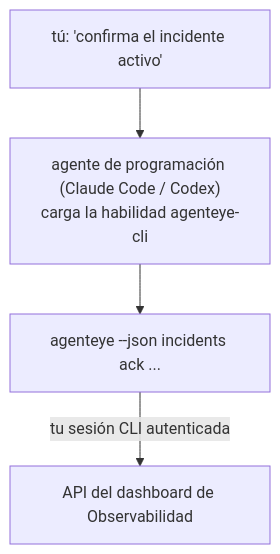
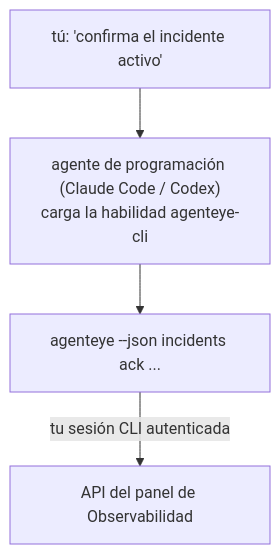
The diagram in docs/es/agenteye/cli-skill.mdx (FailproofAI/failproofai), drawn with Mermaid before and after one commit. The commit also changed other lines of this file and 654 other files, not shown here.

````diff
--- a/docs/es/agenteye/cli-skill.mdx
+++ b/docs/es/agenteye/cli-skill.mdx
@@ -28,6 +28,6 @@
 ```mermaid
 flowchart TD
     YOU["tú: 'confirma el incidente activo'"] --> AGENT["agente de programación (Claude Code / Codex)<br/>carga la habilidad agenteye-cli"]
     AGENT --> CLI["agenteye --json incidents ack ..."]
-    CLI -->|tu sesión CLI autenticada| API["API del dashboard de Observabilidad"]
+    CLI -->|tu sesión CLI autenticada| API["API del panel de Observabilidad"]
 ```
````
